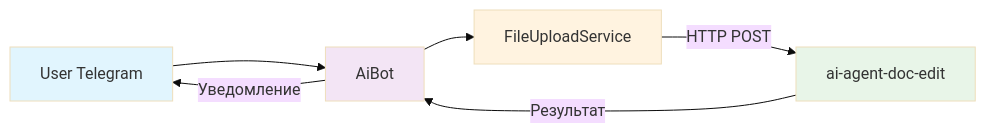
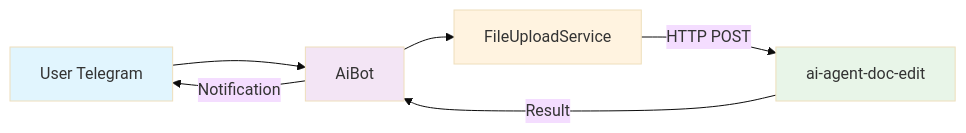
Before and after one commit to HelgaJava/ai-chatbot: the diagram in README.md, drawn with Mermaid (base theme).

````diff
--- a/README.md
+++ b/README.md
@@ -35,13 +35,13 @@
 ```mermaid
 flowchart LR
     User[User Telegram] --> Bot[AiBot]
     Bot --> Service[FileUploadService]
     Service -->|HTTP POST| DocService[ai-agent-doc-edit]
-    DocService -->|Результат| Bot
-    Bot -->|Уведомление| User
+    DocService -->|Result| Bot
+    Bot -->|Notification| User
 
     style User fill:#e1f5fe
     style Bot fill:#f3e5f5
     style Service fill:#fff3e0
     style DocService fill:#e8f5e8
 ```
````
